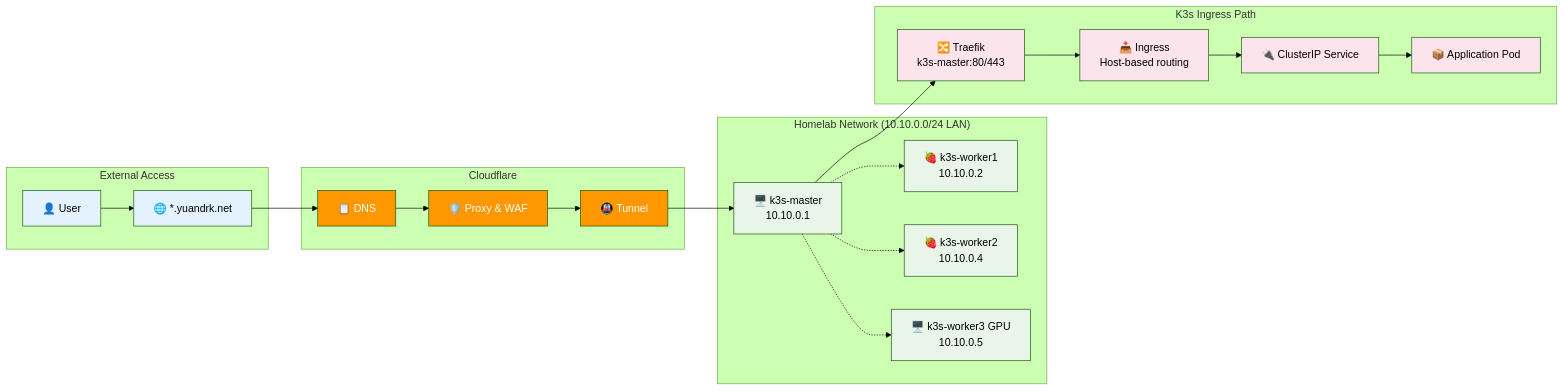
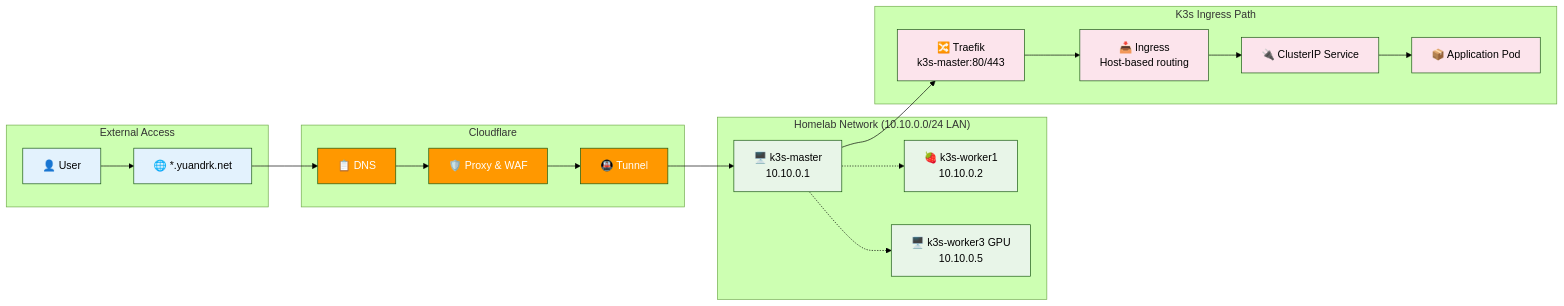
Before and after one commit to yuandrk/homelabops: the second of 6 diagrams in docs/architecture-diagrams.md, drawn with Mermaid (forest theme). The commit also changed other lines of this file and 16 other files, not shown here.

````diff
--- a/docs/architecture-diagrams.md
+++ b/docs/architecture-diagrams.md
@@ -163,55 +156,53 @@
 ```mermaid
 flowchart LR
     subgraph "External Access"
         User[👤 User]
         Domain[🌐 *.yuandrk.net]
     end
 
     subgraph "Cloudflare"
         CF_DNS[📋 DNS]
         CF_Tunnel[🚇 Tunnel]
         CF_Proxy[🛡️ Proxy & WAF]
     end
 
     subgraph "Homelab Network (10.10.0.0/24 LAN)"
         Master_Node[🖥️ k3s-master<br/>10.10.0.1]
         Worker1_Node[🍓 k3s-worker1<br/>10.10.0.2]
-        Worker2_Node[🍓 k3s-worker2<br/>10.10.0.4]
         Worker3_Node[🖥️ k3s-worker3 GPU<br/>10.10.0.5]
     end
 
     subgraph "K3s Ingress Path"
         Traefik_LB[🔀 Traefik<br/>k3s-master:80/443]
         Ingress[📥 Ingress<br/>Host-based routing]
         Service[🔌 ClusterIP Service]
         Pod[📦 Application Pod]
     end
 
     %% External flow
     User --> Domain
     Domain --> CF_DNS
     CF_DNS --> CF_Proxy
     CF_Proxy --> CF_Tunnel
     CF_Tunnel --> Master_Node
 
     %% Internal K3s flow
     Master_Node --> Traefik_LB
     Traefik_LB --> Ingress
     Ingress --> Service
     Service --> Pod
 
     %% Cluster network
     Master_Node -.-> Worker1_Node
-    Master_Node -.-> Worker2_Node
     Master_Node -.-> Worker3_Node
 
     classDef external fill:#e3f2fd
     classDef cloudflare fill:#ff9800,color:#fff
     classDef network fill:#e8f5e8
     classDef k3s fill:#fce4ec
 
     class User,Domain external
     class CF_DNS,CF_Tunnel,CF_Proxy cloudflare
-    class Master_Node,Worker1_Node,Worker2_Node,Worker3_Node network
+    class Master_Node,Worker1_Node,Worker3_Node network
     class Traefik_LB,Ingress,Service,Pod k3s
 ```
````
